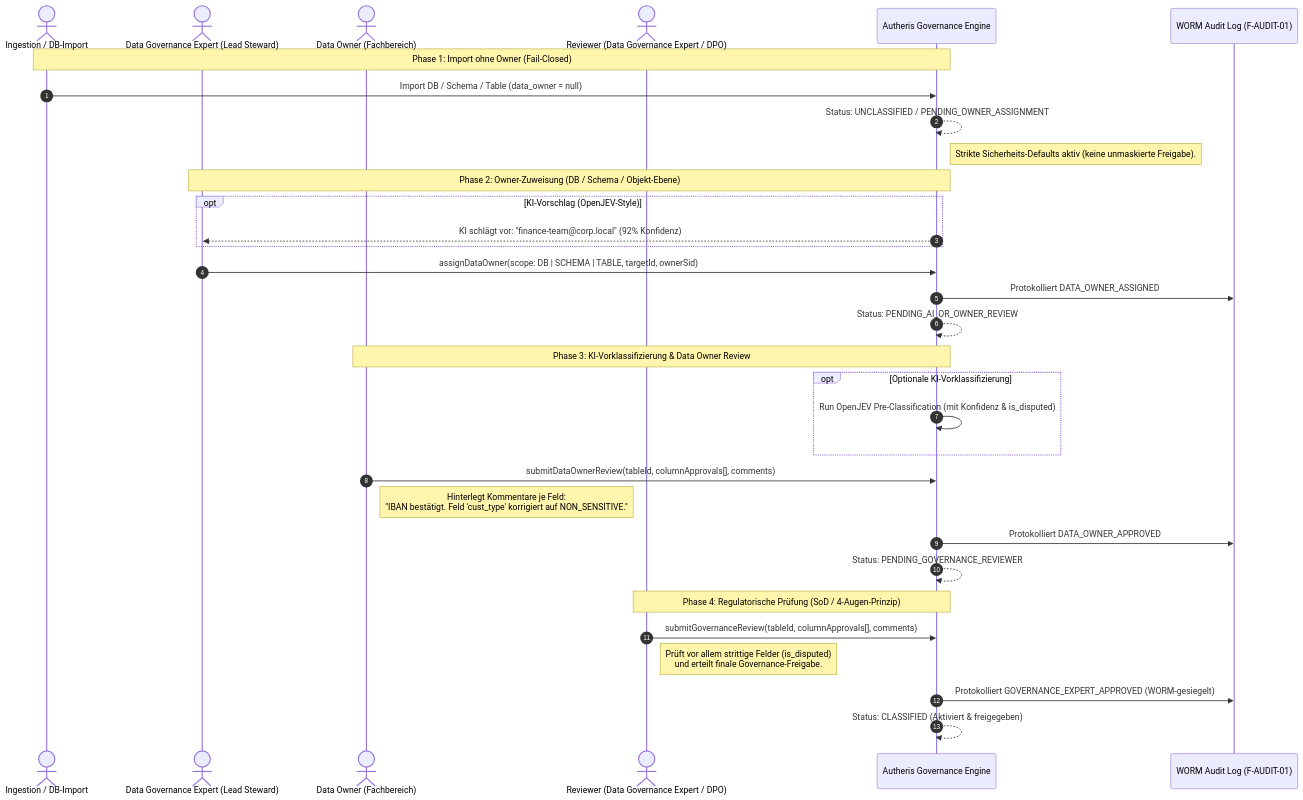
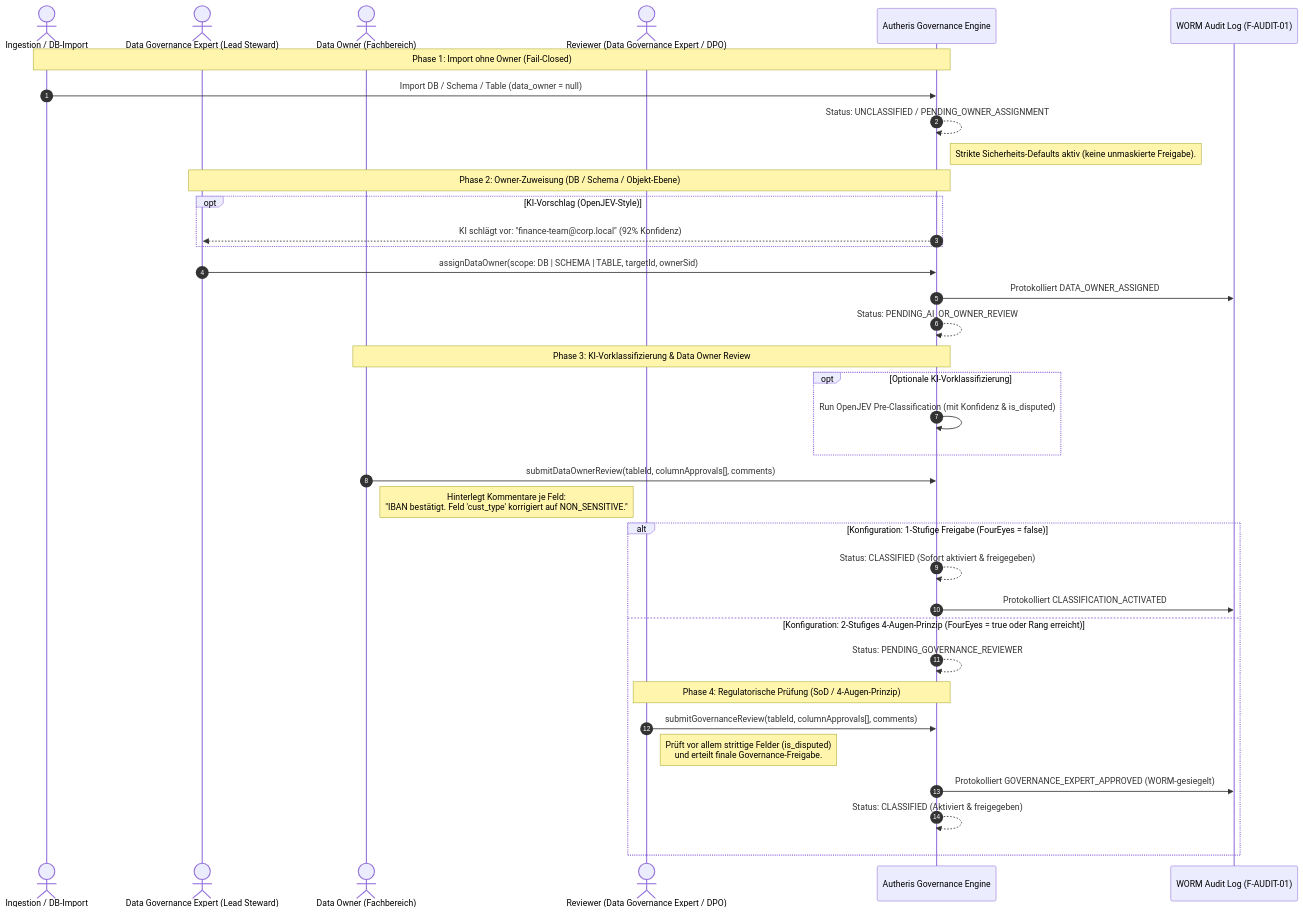
Before and after one commit to themulle/autheris: the first of 5 diagrams in docs/plans/2026-10-10-konzept-datenklassifizierung-ki-vorklassifizierung.md, drawn with Mermaid. The commit also changed other lines of this file, not shown here.

Commit message:
docs(plans): make 4-eyes principle fully optional and configurable in PLAN-GOV-KI-13

````diff
--- a/docs/plans/2026-10-10-konzept-datenklassifizierung-ki-vorklassifizierung.md
+++ b/docs/plans/2026-10-10-konzept-datenklassifizierung-ki-vorklassifizierung.md
@@ -46,38 +48,41 @@
 ```mermaid
 sequenceDiagram
     autonumber
     actor System as Ingestion / DB-Import
     actor DGE as Data Governance Expert (Lead Steward)
     actor DO as Data Owner (Fachbereich)
     actor DGE2 as Reviewer (Data Governance Expert / DPO)
     participant Engine as Autheris Governance Engine
     participant Audit as WORM Audit Log (F-AUDIT-01)
 
     Note over System, Engine: Phase 1: Import ohne Owner (Fail-Closed)
     System->>Engine: Import DB / Schema / Table (data_owner = null)
     Engine-->>Engine: Status: UNCLASSIFIED / PENDING_OWNER_ASSIGNMENT
     Note right of Engine: Strikte Sicherheits-Defaults aktiv (keine unmaskierte Freigabe).
 
     Note over DGE, Engine: Phase 2: Owner-Zuweisung (DB / Schema / Objekt-Ebene)
     opt KI-Vorschlag (OpenJEV-Style)
         Engine-->>DGE: KI schlägt vor: "finance-team@corp.local" (92% Konfidenz)
     end
     DGE->>Engine: assignDataOwner(scope: DB | SCHEMA | TABLE, targetId, ownerSid)
     Engine->>Audit: Protokolliert DATA_OWNER_ASSIGNED
     Engine-->>Engine: Status: PENDING_AI_OR_OWNER_REVIEW
 
     Note over DO, Engine: Phase 3: KI-Vorklassifizierung & Data Owner Review
     opt Optionale KI-Vorklassifizierung
         Engine->>Engine: Run OpenJEV Pre-Classification (mit Konfidenz & is_disputed)
     end
     DO->>Engine: submitDataOwnerReview(tableId, columnApprovals[], comments)
     Note right of DO: Hinterlegt Kommentare je Feld:<br/>"IBAN bestätigt. Feld 'cust_type' korrigiert auf NON_SENSITIVE."
-    Engine->>Audit: Protokolliert DATA_OWNER_APPROVED
-    Engine-->>Engine: Status: PENDING_GOVERNANCE_REVIEWER
-
-    Note over DGE2, Engine: Phase 4: Regulatorische Prüfung (SoD / 4-Augen-Prinzip)
-    DGE2->>Engine: submitGovernanceReview(tableId, columnApprovals[], comments)
-    Note right of DGE2: Prüft vor allem strittige Felder (is_disputed)<br/>und erteilt finale Governance-Freigabe.
-    Engine->>Audit: Protokolliert GOVERNANCE_EXPERT_APPROVED (WORM-gesiegelt)
-    Engine-->>Engine: Status: CLASSIFIED (Aktiviert & freigegeben)
+    alt Konfiguration: 1-Stufige Freigabe (FourEyes = false)
+        Engine-->>Engine: Status: CLASSIFIED (Sofort aktiviert & freigegeben)
+        Engine->>Audit: Protokolliert CLASSIFICATION_ACTIVATED
+    else Konfiguration: 2-Stufiges 4-Augen-Prinzip (FourEyes = true oder Rang erreicht)
+        Engine-->>Engine: Status: PENDING_GOVERNANCE_REVIEWER
+        Note over DGE2, Engine: Phase 4: Regulatorische Prüfung (SoD / 4-Augen-Prinzip)
+        DGE2->>Engine: submitGovernanceReview(tableId, columnApprovals[], comments)
+        Note right of DGE2: Prüft vor allem strittige Felder (is_disputed)<br/>und erteilt finale Governance-Freigabe.
+        Engine->>Audit: Protokolliert GOVERNANCE_EXPERT_APPROVED (WORM-gesiegelt)
+        Engine-->>Engine: Status: CLASSIFIED (Aktiviert & freigegeben)
+    end
 ```
````
